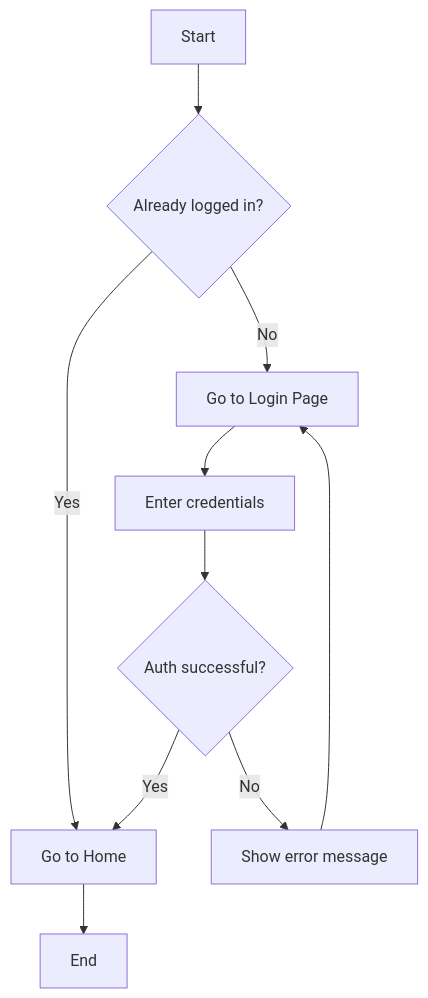
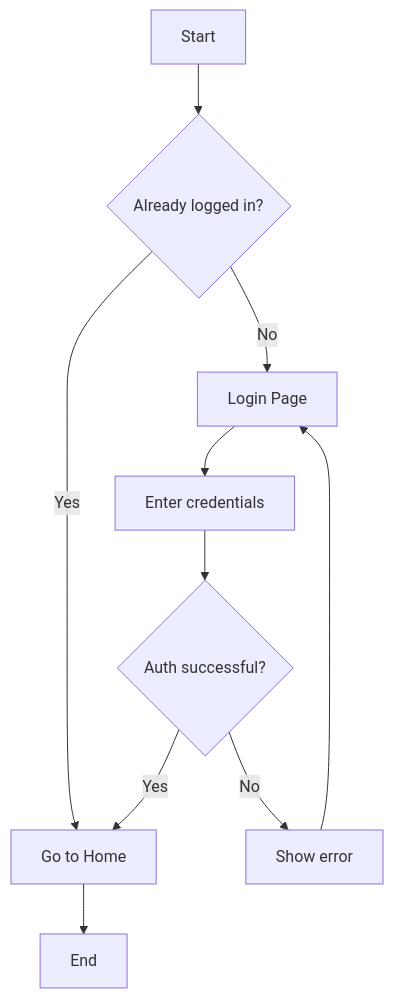
Before and after one commit to sspig0127/md-studio: the first of 6 diagrams in locales/sample-en.md, drawn with Mermaid. The commit also changed other lines of this file and 3 other files, not shown here.

````diff
--- a/locales/sample-en.md
+++ b/locales/sample-en.md
@@ -100,12 +330,12 @@
 ```mermaid
 graph TD
     A[Start] --> B{Already logged in?}
     B -->|Yes| C[Go to Home]
-    B -->|No| D[Go to Login Page]
+    B -->|No| D[Login Page]
     D --> E[Enter credentials]
     E --> F{Auth successful?}
     F -->|Yes| C
-    F -->|No| G[Show error message]
+    F -->|No| G[Show error]
     G --> D
     C --> H[End]
 ```
````
